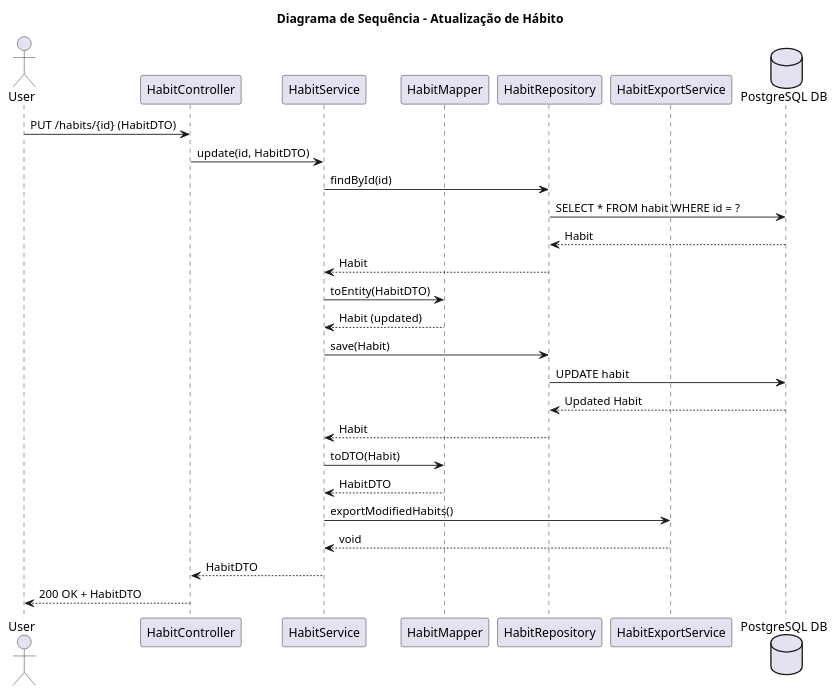
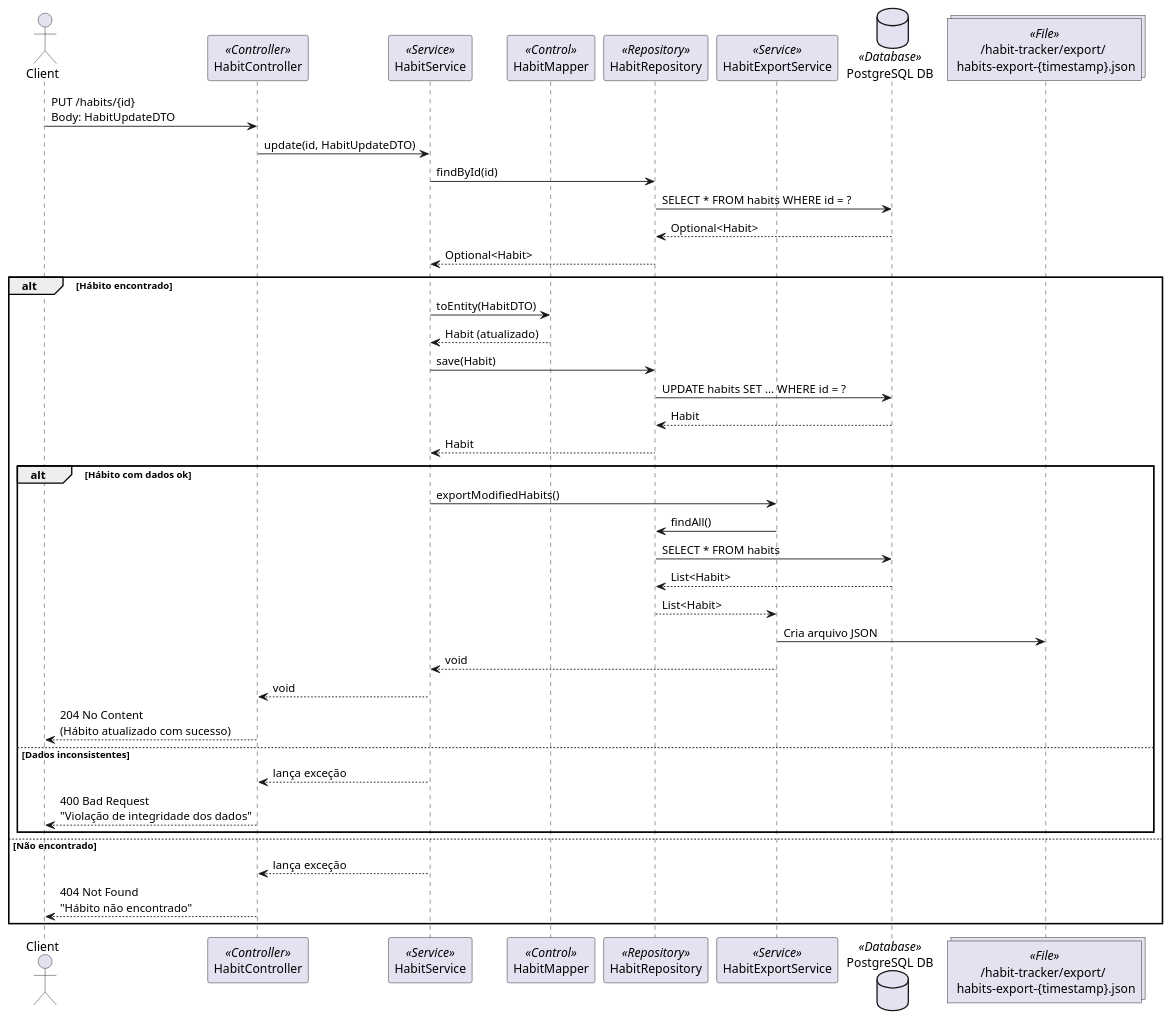
One commit to GuimaraesGus/habit-tracker changed the diagram in docs/habit-update-sequence.puml. Above: the diagram before and after it, drawn with PlantUML. The commit also changed 12 other files, not shown here.

```diff
--- a/docs/habit-update-sequence.puml
+++ b/docs/habit-update-sequence.puml
@@ -1,30 +1,49 @@
 @startuml
-title Diagrama de Sequência - Atualização de Hábito
+actor Client
 
-actor User
-participant "HabitController" as Controller
-participant "HabitService" as Service
-participant "HabitMapper" as Mapper
-participant "HabitRepository" as Repository
-participant "HabitExportService" as Exporter
-database "PostgreSQL DB" as DB
+participant "HabitController" as Controller <<Controller>>
+participant "HabitService" as Service <<Service>>
+participant "HabitMapper" as Mapper <<Control>>
+participant "HabitRepository" as Repository <<Repository>>
+participant "HabitExportService" as ExportService <<Service>>
+database "PostgreSQL DB" as DB <<Database>>
+collections "/habit-tracker/export/ \n habits-export-{timestamp}.json" as File <<File>>
 
-User -> Controller : PUT /habits/{id} (HabitDTO)
-Controller -> Service : update(id, HabitDTO)
+Client -> Controller : PUT /habits/{id}\nBody: HabitUpdateDTO
+Controller -> Service : update(id, HabitUpdateDTO)
+
 Service -> Repository : findById(id)
-Repository -> DB : SELECT * FROM habit WHERE id = ?
-DB --> Repository : Habit
-Repository --> Service : Habit
-Service -> Mapper : toEntity(HabitDTO)
-Mapper --> Service : Habit (updated)
-Service -> Repository : save(Habit)
-Repository -> DB : UPDATE habit
-DB --> Repository : Updated Habit
-Repository --> Service : Habit
-Service -> Mapper : toDTO(Habit)
-Mapper --> Service : HabitDTO
-Service -> Exporter : exportModifiedHabits()
-Exporter --> Service : void
-Service --> Controller : HabitDTO
-Controller --> User : 200 OK + HabitDTO
+Repository -> DB : SELECT * FROM habits WHERE id = ?
+DB --> Repository : Optional<Habit>
+Repository --> Service : Optional<Habit>
+
+alt Hábito encontrado
+  Service -> Mapper : toEntity(HabitDTO)
+  Mapper --> Service : Habit (atualizado)
+  
+  Service -> Repository : save(Habit)
+  Repository -> DB : UPDATE habits SET ... WHERE id = ?
+  DB --> Repository : Habit
+  Repository --> Service : Habit
+
+  alt Hábito com dados ok
+    Service -> ExportService : exportModifiedHabits()
+    ExportService -> Repository : findAll()
+    Repository -> DB : SELECT * FROM habits
+    DB --> Repository : List<Habit>
+    Repository --> ExportService : List<Habit>
+    ExportService -> File : Cria arquivo JSON
+    ExportService --> Service : void
+    
+    Service --> Controller : void
+    Controller --> Client : 204 No Content\n(Hábito atualizado com sucesso)
+  else Dados inconsistentes
+    Service --> Controller : lança exceção
+    Controller --> Client : 400 Bad Request\n"Violação de integridade dos dados"
+  end
+
+else Não encontrado
+  Service --> Controller : lança exceção
+  Controller --> Client : 404 Not Found\n"Hábito não encontrado"
+end
 @enduml
```
